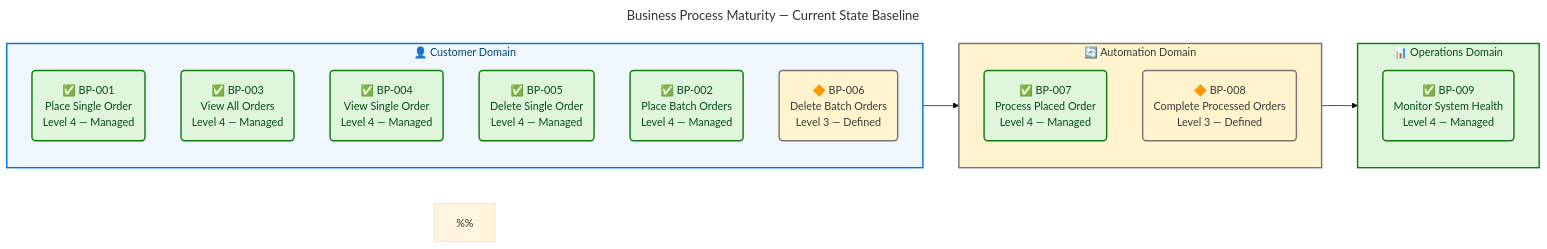
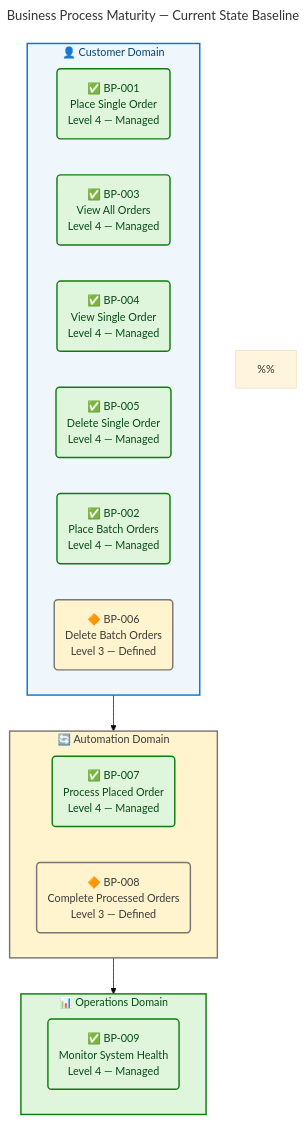
Before and after one commit to Evilazaro/Azure-LogicApps-Monitoring: the second of 5 diagrams in docs/architecture/bus-arch.md, drawn with Mermaid. The commit also changed other lines of this file, not shown here.

Commit message:
Update flowchart direction in business architecture diagrams for consistency

````diff
--- a/docs/architecture/bus-arch.md
+++ b/docs/architecture/bus-arch.md
@@ -462,52 +462,52 @@
 ```mermaid
 ---
 title: Business Process Maturity — Current State Baseline
 config:
   theme: base
   look: classic
   layout: dagre
   themeVariables:
     fontSize: '15px'
   flowchart:
     htmlLabels: true
 ---
-flowchart LR
+flowchart TB
     accTitle: Business Process Maturity Heatmap — Current State Baseline
     accDescr: Heatmap showing the maturity level of each business process in the Azure Logic Apps Monitoring Solution. Processes are rated from Level 1 (Initial) to Level 4 (Managed) using color-coded nodes grouped by business domain.
 
     %%
     %% AZURE / FLUENT ARCHITECTURE PATTERN v2.0
     %% BDAT Business Architecture — Section 4: Current State Maturity Heatmap
     %%
 
     subgraph CUSTOMER["👤  Customer Domain"]
         style CUSTOMER fill:#EFF6FC,stroke:#0078D4,stroke-width:2px,color:#004578
 
         BP001("✅ BP-001\nPlace Single Order\nLevel 4 — Managed"):::level4
         BP003("✅ BP-003\nView All Orders\nLevel 4 — Managed"):::level4
         BP004("✅ BP-004\nView Single Order\nLevel 4 — Managed"):::level4
         BP005("✅ BP-005\nDelete Single Order\nLevel 4 — Managed"):::level4
         BP002("✅ BP-002\nPlace Batch Orders\nLevel 4 — Managed"):::level4
         BP006("🔶 BP-006\nDelete Batch Orders\nLevel 3 — Defined"):::level3
     end
 
     subgraph AUTOMATION["🔄  Automation Domain"]
         style AUTOMATION fill:#FFF4CE,stroke:#797673,stroke-width:2px,color:#3B3A39
 
         BP007("✅ BP-007\nProcess Placed Order\nLevel 4 — Managed"):::level4
         BP008("🔶 BP-008\nComplete Processed Orders\nLevel 3 — Defined"):::level3
     end
 
     subgraph OPS["📊  Operations Domain"]
         style OPS fill:#DFF6DD,stroke:#107C10,stroke-width:2px,color:#054B16
 
         BP009("✅ BP-009\nMonitor System Health\nLevel 4 — Managed"):::level4
     end
 
     CUSTOMER --> AUTOMATION
     AUTOMATION --> OPS
 
     classDef level4 fill:#DFF6DD,stroke:#107C10,stroke-width:2px,color:#054B16
     classDef level3 fill:#FFF4CE,stroke:#797673,stroke-width:2px,color:#3B3A39
     classDef level2 fill:#FDE7E9,stroke:#A4262C,stroke-width:2px,color:#420014
 ```
````
